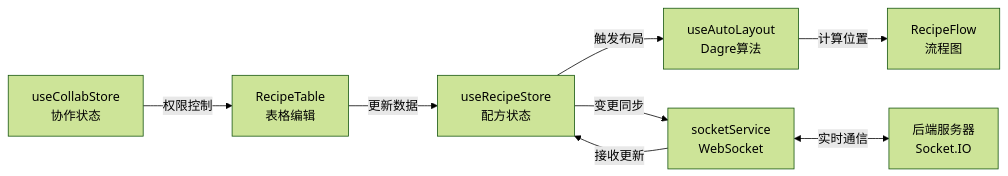
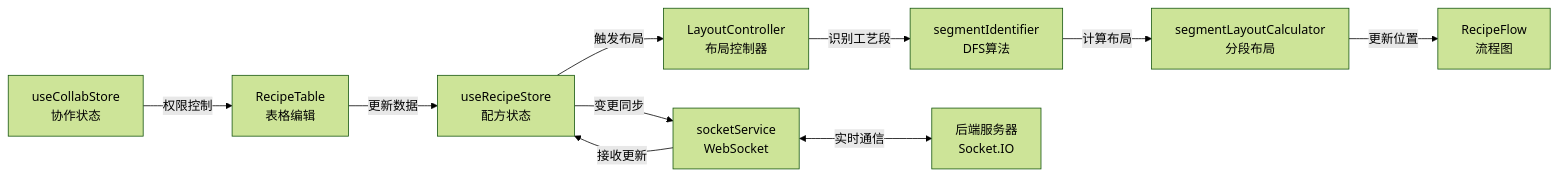
One commit to doctorcotton/MES--- changed the diagram in AI-GUIDE.md. Above: the diagram before and after it, drawn with Mermaid (forest theme). The commit also changed other lines of this file and 13 other files, not shown here.

````diff
--- a/AI-GUIDE.md
+++ b/AI-GUIDE.md
@@ -160,10 +198,12 @@
 ```mermaid
 graph LR
     RecipeTable[RecipeTable<br/>表格编辑] -->|更新数据| RecipeStore[useRecipeStore<br/>配方状态]
-    RecipeStore -->|触发布局| AutoLayout[useAutoLayout<br/>Dagre算法]
-    AutoLayout -->|计算位置| RecipeFlow[RecipeFlow<br/>流程图]
+    RecipeStore -->|触发布局| LayoutCtrl[LayoutController<br/>布局控制器]
+    LayoutCtrl -->|识别工艺段| SegmentID[segmentIdentifier<br/>DFS算法]
+    SegmentID -->|计算布局| SegmentCalc[segmentLayoutCalculator<br/>分段布局]
+    SegmentCalc -->|更新位置| RecipeFlow[RecipeFlow<br/>流程图]
     RecipeStore -->|变更同步| SocketService[socketService<br/>WebSocket]
     SocketService <-->|实时通信| Server[后端服务器<br/>Socket.IO]
     SocketService -->|接收更新| RecipeStore
     CollabStore[useCollabStore<br/>协作状态] -->|权限控制| RecipeTable
 ```
````
